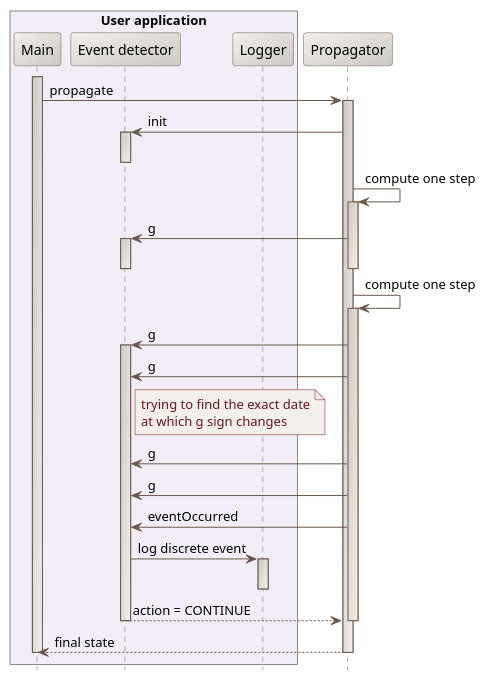
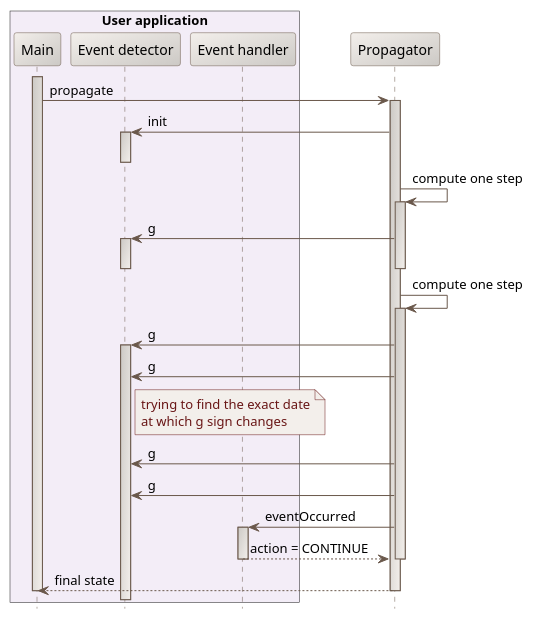
One commit to CS-SI/Orekit changed the diagram in src/design/events-sequence-diagram.puml. Above: the diagram before and after it, drawn with PlantUML. The commit also changed 8 other files, not shown here.

Commit message:
Updated UML design diagrams for 6.1.

```diff
--- a/src/design/events-sequence-diagram.puml
+++ b/src/design/events-sequence-diagram.puml
@@ -17,60 +17,58 @@
 @startuml
 
   skinparam svek                                true
   skinparam NoteBackgroundColor                 #F3EFEB
   skinparam NoteBorderColor                     #691616
   skinparam NoteFontColor                       #691616
   skinparam SequenceActorBorderColor            #6A584B
   skinparam SequenceParticipantBackgroundColor  #F3EFEB/CCC9C5
   skinparam SequenceParticipantBorderColor      #6A584B
   skinparam SequenceLifeLineBackgroundColor     #CCC9C5/F3EFEB
   skinparam SequenceLifeLineBorderColor         #6A584B
   skinparam SequenceArrowColor                  #6A584B
   skinparam SequenceBorderColor                 #6A584B
   skinparam SequenceFontSize                    11
 
   hide footbox
 
   box "User application" #F3EDF7
     participant "Main" as U
     participant "Event detector" as E
-    participant "Logger" as L
+    participant "Event handler"  as H
   end box
 
   participant Propagator
 
   activate U
   U -> Propagator : propagate
     activate Propagator
     Propagator -> E : init
       activate E
       deactivate E
     Propagator -> Propagator : compute one step
       activate Propagator
       Propagator -> E : g
         activate E
         deactivate E
       deactivate Propagator
     Propagator -> Propagator : compute one step
       activate Propagator
       Propagator -> E : g
         activate E
         Propagator -> E : g
         note right of E
           trying to find the exact date
           at which g sign changes
         end note
         Propagator -> E : g
         Propagator -> E : g
-        Propagator -> E : eventOccurred
-        E -> L : log discrete event
-          activate L
-          deactivate L
-        E --> Propagator : action = CONTINUE
-        deactivate E
+        Propagator -> H : eventOccurred
+          activate H
+          H --> Propagator : action = CONTINUE
+          deactivate H
       deactivate Propagator
     Propagator --> U : final state 
     deactivate Propagator
   deactivate U
 
 @enduml
```
